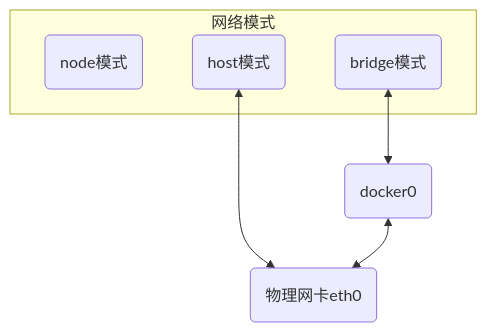
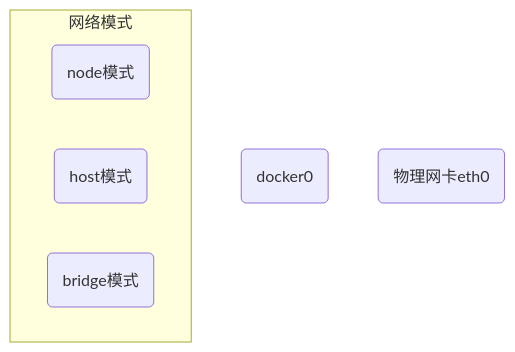
Before and after one commit to dmjcb/SelfBlog: the diagram in Docker/理论/2021-10-06-network.md, drawn with Mermaid. The commit also changed other lines of this file and 224 other files, not shown here.

````diff
--- a/Docker/理论/2021-10-06-network.md
+++ b/Docker/理论/2021-10-06-network.md
@@ -17,15 +18,13 @@
 ```mermaid
 graph TB;
     subgraph 网络模式
         N(node模式)
         H(host模式)
         B(bridge模式)
     end
 
     docker0(docker0)
 
     eth(物理网卡eth0)
 
-    H<-->eth
-    B<-->docker0<-->eth
 ```
````
